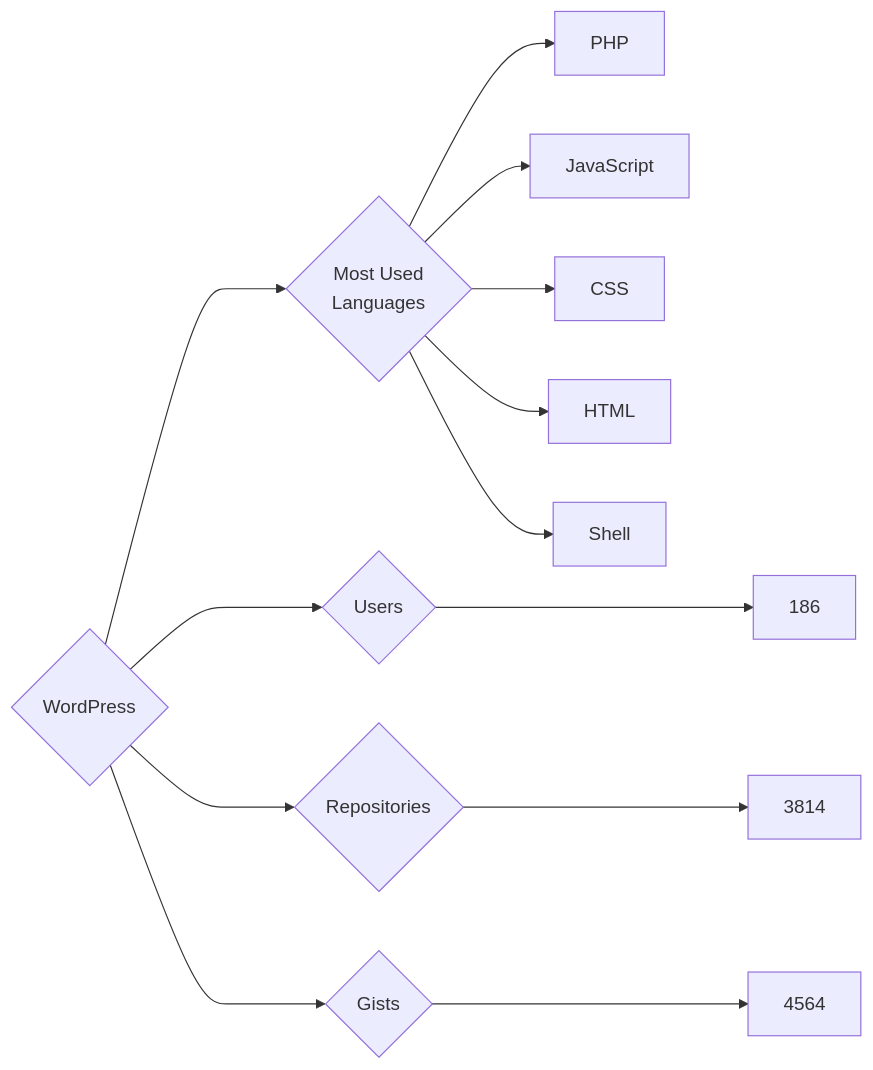
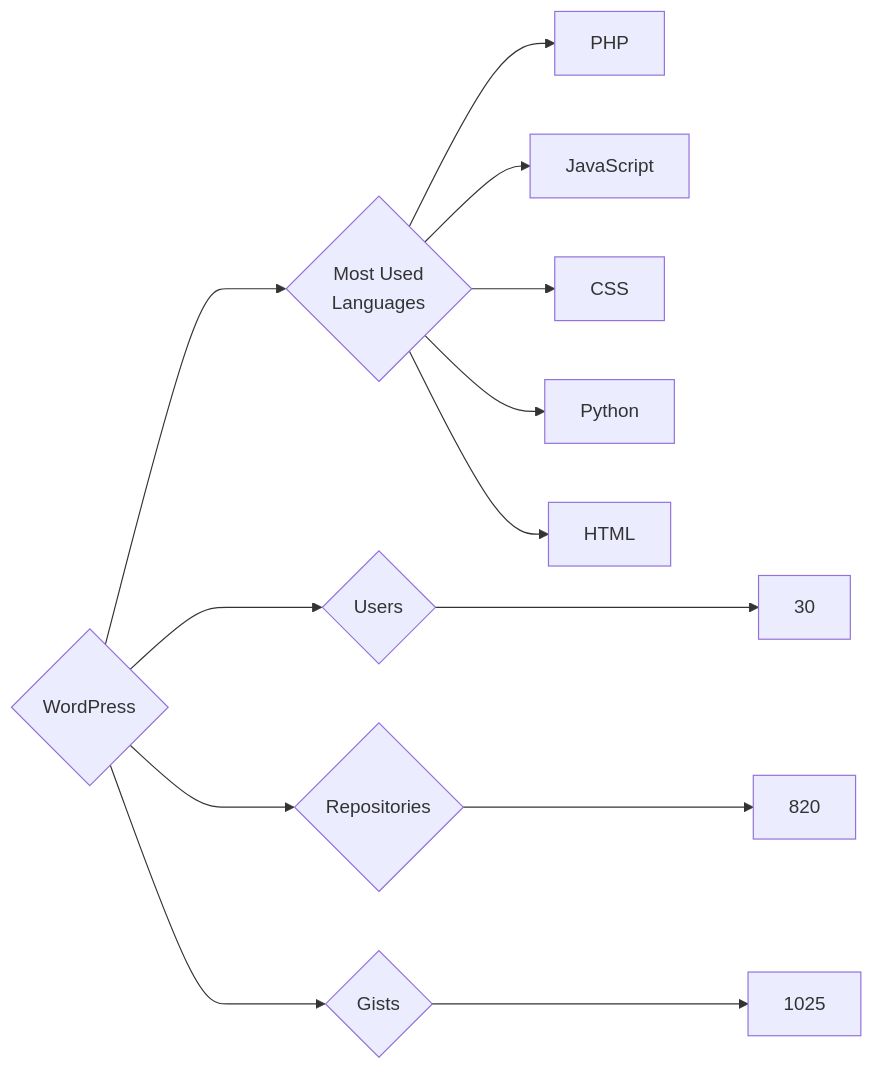
Before and after one commit to trickest/insiders: the diagram in targets/WordPress/README.md, drawn with Mermaid. The commit also changed 965 other files, not shown here.

````diff
--- a/targets/WordPress/README.md
+++ b/targets/WordPress/README.md
@@ -3,13 +3,13 @@
 ```mermaid
 graph LR
 COMPANY_NAME{WordPress}
-COMPANY_NAME ---> U{Users} ---> UN[186]
-COMPANY_NAME ---> R{Repositories} ---> RN[3814]
-COMPANY_NAME ---> G{Gists} ---> GN[4564]
+COMPANY_NAME ---> U{Users} ---> UN[30]
+COMPANY_NAME ---> R{Repositories} ---> RN[820]
+COMPANY_NAME ---> G{Gists} ---> GN[1025]
 COMPANY_NAME ---> ML{Most Used<br>Languages}
 ML --> PHP[PHP]
 ML --> JavaScript[JavaScript]
 ML --> CSS[CSS]
+ML --> Python[Python]
 ML --> HTML[HTML]
-ML --> Shell[Shell]
 ```
````
